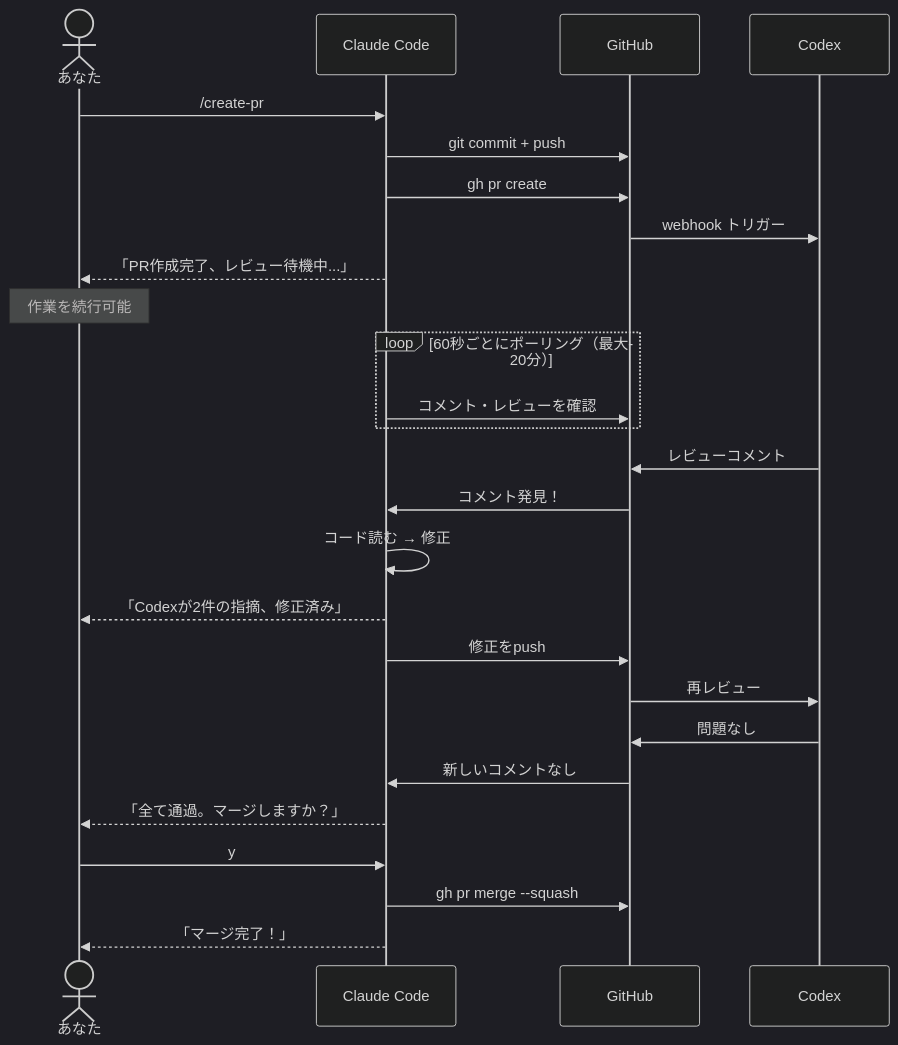
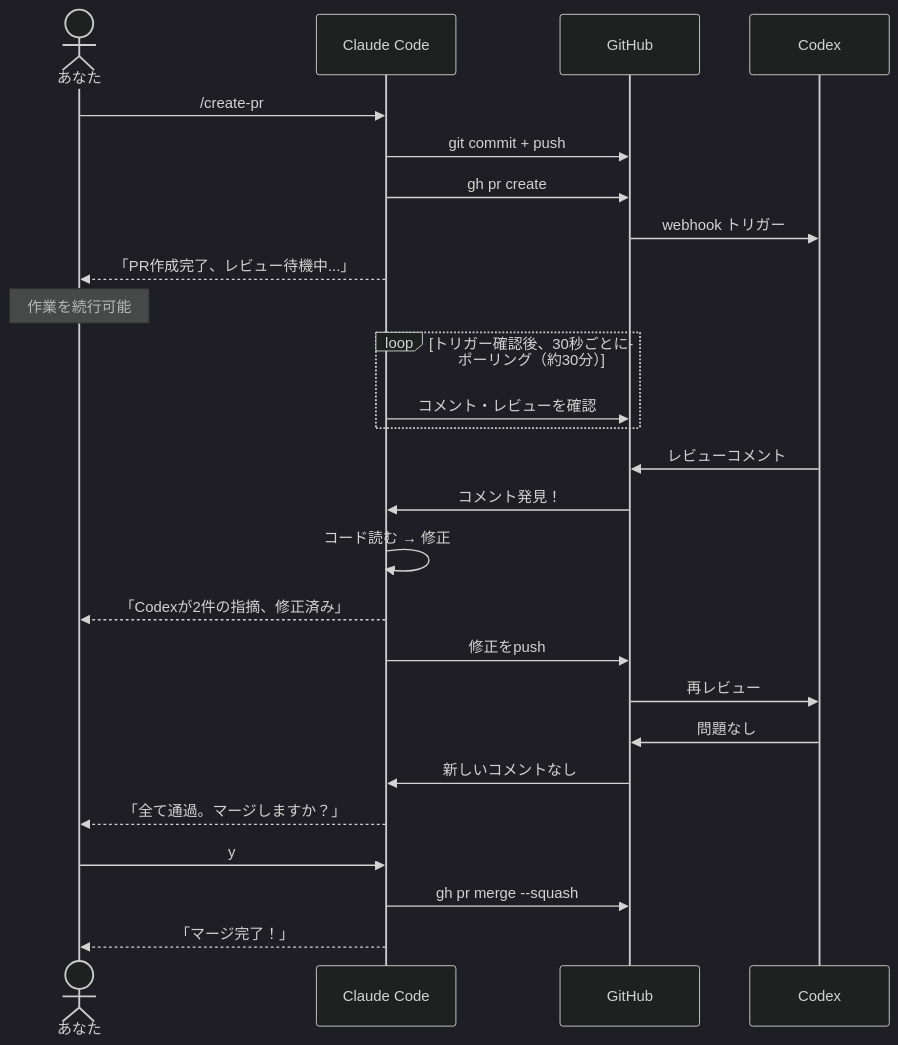
Before and after one commit to zytakeshi/create-pr-codex-review: the first of 2 diagrams in README.ja.md, drawn with Mermaid (dark theme). The commit also changed other lines of this file and 2 other files, not shown here.

Commit message:
docs(create-pr): align review polling docs

````diff
--- a/README.ja.md
+++ b/README.ja.md
@@ -41,34 +41,34 @@
 ```mermaid
 sequenceDiagram
     actor You as あなた
     participant Claude as Claude Code
     participant GH as GitHub
     participant Codex as Codex
 
     You->>Claude: /create-pr
     Claude->>GH: git commit + push
     Claude->>GH: gh pr create
     GH->>Codex: webhook トリガー
     Claude-->>You: 「PR作成完了、レビュー待機中...」
 
     Note over You: 作業を続行可能
 
-    loop 60秒ごとにポーリング（最大20分）
+    loop トリガー確認後、30秒ごとにポーリング（約30分）
         Claude->>GH: コメント・レビューを確認
     end
 
     Codex->>GH: レビューコメント
     GH->>Claude: コメント発見！
     Claude->>Claude: コード読む → 修正
     Claude-->>You: 「Codexが2件の指摘、修正済み」
     Claude->>GH: 修正をpush
 
     GH->>Codex: 再レビュー
     Codex->>GH: 問題なし
     GH->>Claude: 新しいコメントなし
 
     Claude-->>You: 「全て通過。マージしますか？」
     You->>Claude: y
     Claude->>GH: gh pr merge --squash
     Claude-->>You: 「マージ完了！」
 ```
````
